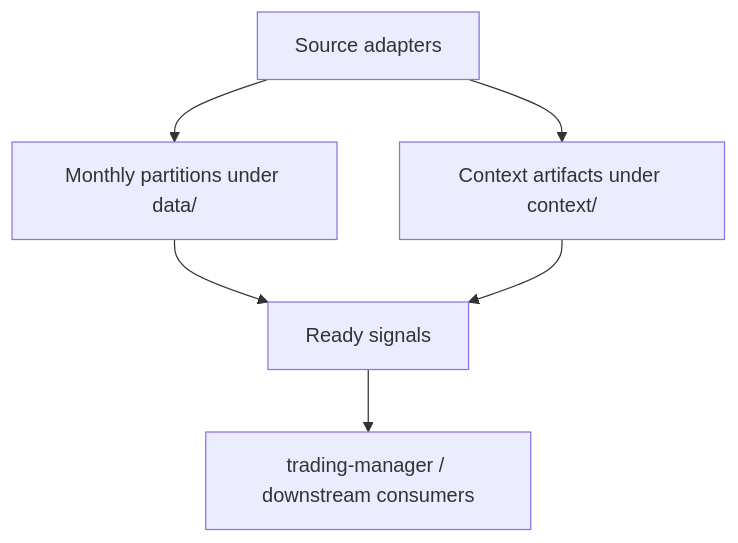
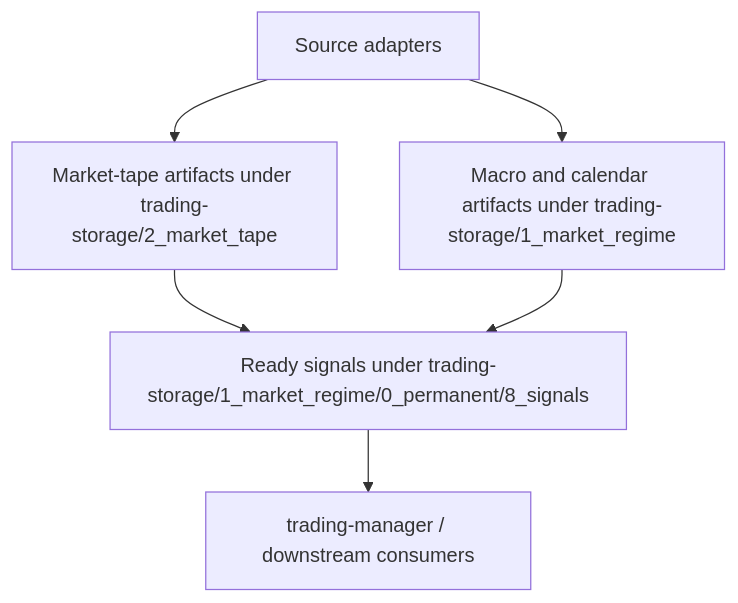
One commit to gilmore307/trading-data changed the second of 2 diagrams in README.md. Above: the diagram before and after it, drawn with Mermaid. The commit also changed other lines of this file and 3 other files, not shown here.

Commit message:
auto-sync: README.md, docs/04-refresh-entrypoints-and-signals.md, docs/06-macro-data.md, src/data/alpaca/fetch_option_snapshots.py

````diff
--- a/README.md
+++ b/README.md
@@ -65,8 +64,8 @@
 ```mermaid
 flowchart TD
-    A[Source adapters] --> B[Monthly partitions under data/]
-    A --> C[Context artifacts under context/]
-    B --> D[Ready signals]
+    A[Source adapters] --> B[Market-tape artifacts under trading-storage/2_market_tape]
+    A --> C[Macro and calendar artifacts under trading-storage/1_market_regime]
+    B --> D[Ready signals under trading-storage/1_market_regime/0_permanent/8_signals]
     C --> D
     D --> E[trading-manager / downstream consumers]
 ```
````
